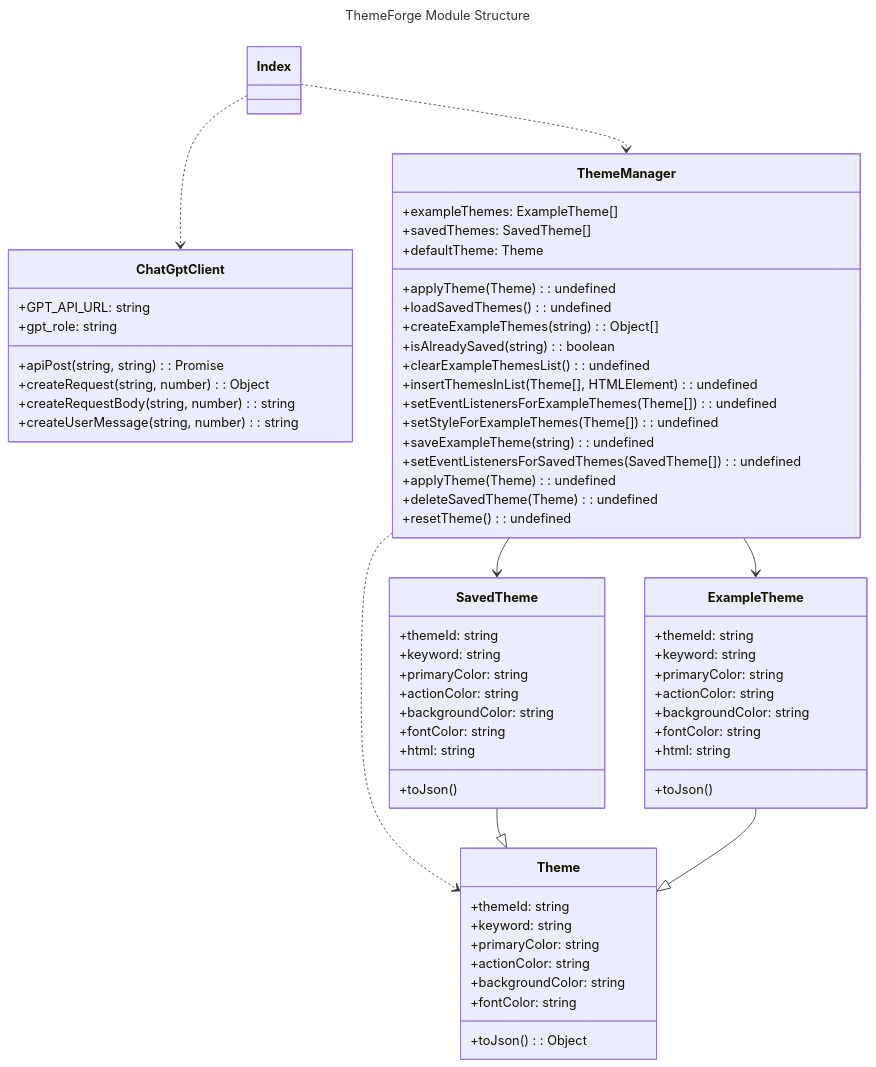
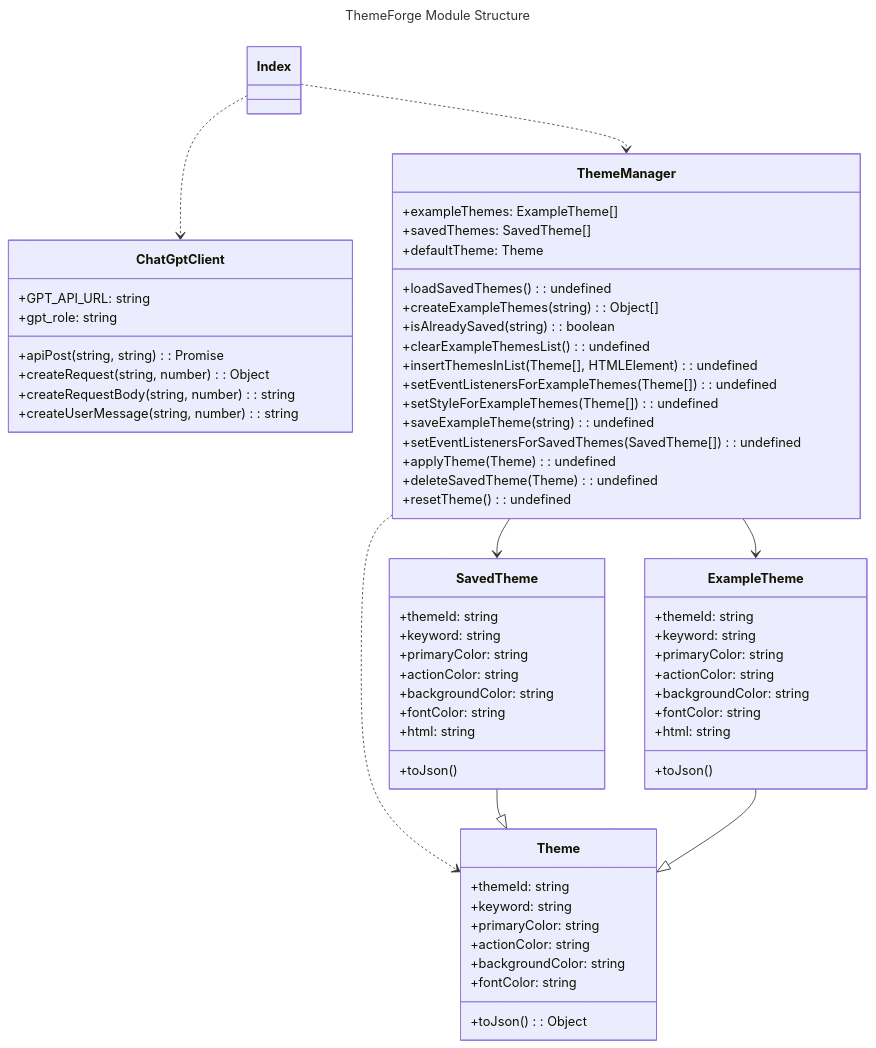
Before and after one commit to ZeyaKim/themeforge: the second of 3 diagrams in README.md, drawn with Mermaid.

Commit message:
Update README.md
refactor readme docu

````diff
--- a/README.md
+++ b/README.md
@@ -94,78 +94,77 @@
 ```mermaid
 ---
 title: ThemeForge Module Structure
 ---
 
 classDiagram
     class Index {
 
     }
 
     class ChatGptClient {
         +GPT_API_URL: string
         +gpt_role: string
         +apiPost(string, string): Promise<string>
         +createRequest(string, number): Object
         +createRequestBody(string, number): string
         +createUserMessage(string, number): string
     }
 
     class ThemeManager {
         +exampleThemes: ExampleTheme[]
         +savedThemes: SavedTheme[]
         +defaultTheme: Theme
-        +applyTheme(Theme): undefined
         +loadSavedThemes(): undefined
         +createExampleThemes(string): Object[]
         +isAlreadySaved(string): boolean
         +clearExampleThemesList(): undefined
         +insertThemesInList(Theme[], HTMLElement): undefined
         +setEventListenersForExampleThemes(Theme[]): undefined
         +setStyleForExampleThemes(Theme[]): undefined
         +saveExampleTheme(string): undefined
         +setEventListenersForSavedThemes(SavedTheme[]): undefined
         +applyTheme(Theme): undefined
         +deleteSavedTheme(Theme): undefined
         +resetTheme(): undefined
     }
 
     class Theme {
         +themeId: string
         +keyword: string
         +primaryColor: string
         +actionColor: string
         +backgroundColor: string
         +fontColor: string
         +toJson(): Object
     }
 
     class ExampleTheme {
         +themeId: string
         +keyword: string
         +primaryColor: string
         +actionColor: string
         +backgroundColor: string
         +fontColor: string
         +html: string
         +toJson()
     }
 
     class SavedTheme {
         +themeId: string
         +keyword: string
         +primaryColor: string
         +actionColor: string
         +backgroundColor: string
         +fontColor: string
         +html: string
         +toJson()
     }
 
     Index ..> ChatGptClient
     Index ..> ThemeManager
     ThemeManager ..> Theme
     ThemeManager --> ExampleTheme
     ThemeManager --> SavedTheme
     SavedTheme --|> Theme
     ExampleTheme --|> Theme
 ```
````
